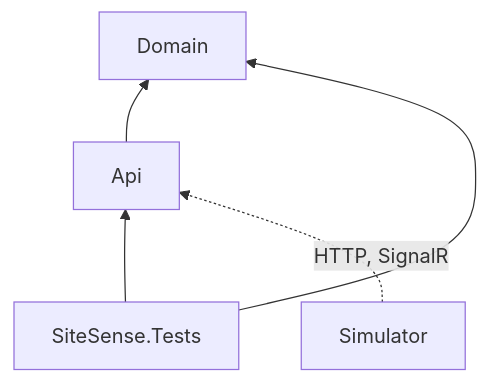
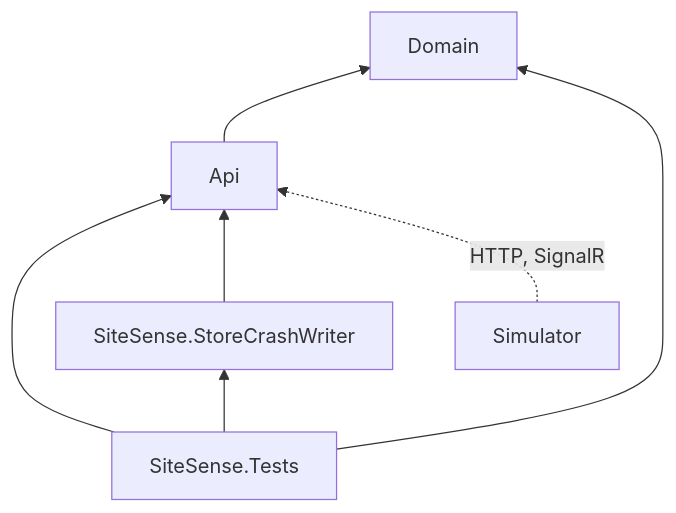
One commit to NotThaDev/SiteSense changed the first of 3 diagrams in docs/architecture.md. Above: the diagram before and after it, drawn with Mermaid. The commit also changed other lines of this file and 3 other files, not shown here.

````diff
--- a/docs/architecture.md
+++ b/docs/architecture.md
@@ -15,7 +16,9 @@
 ```mermaid
 flowchart BT
   Api --> Domain
   Tests["SiteSense.Tests"] --> Api
   Tests --> Domain
+  Tests --> CrashWriter["SiteSense.StoreCrashWriter"]
+  CrashWriter --> Api
   Simulator -. "HTTP, SignalR" .-> Api
 ```
````
